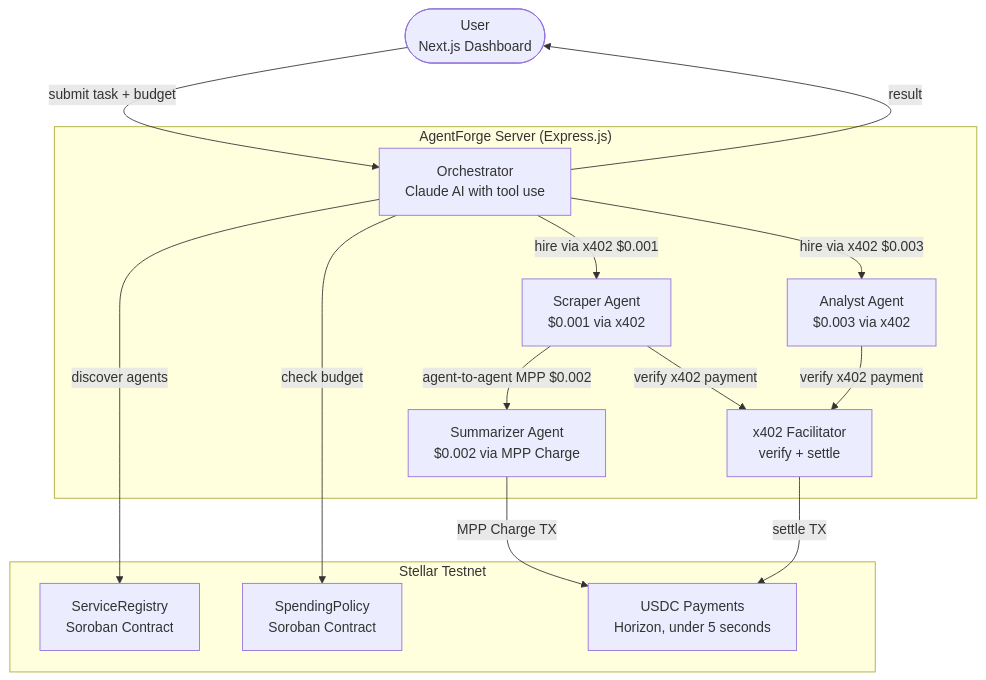
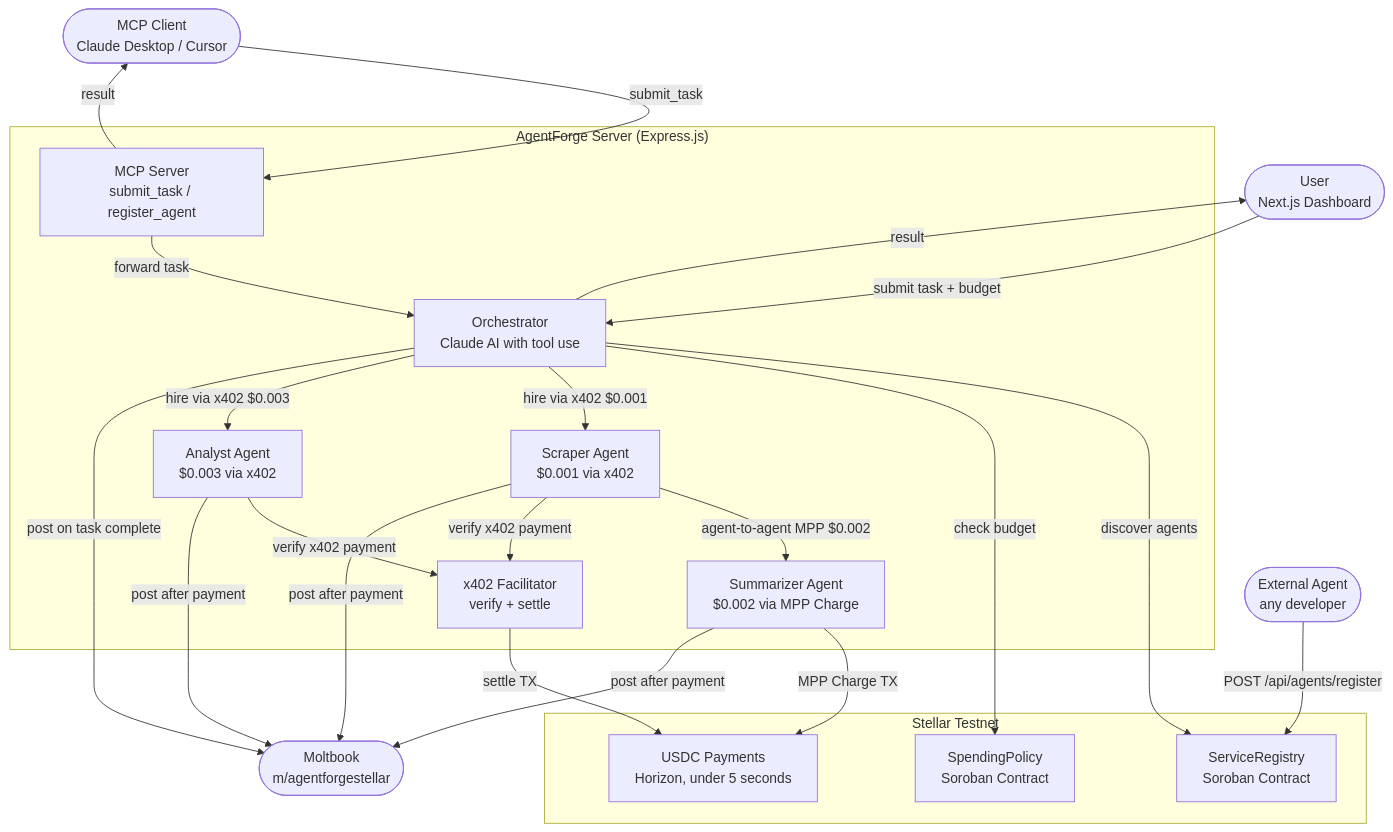
One commit to HACK3R-CRYPTO/AgentForge changed the first of 3 diagrams in README.md. Above: the diagram before and after it, drawn with Mermaid.

Commit message:
Update architecture diagram with Moltbook, MCP server, and external agent registration

````diff
--- a/README.md
+++ b/README.md
@@ -156,30 +156,43 @@
 ```mermaid
 flowchart TD
     U(["User\nNext.js Dashboard"])
+    MCP(["MCP Client\nClaude Desktop / Cursor"])
+    ExtAgent(["External Agent\nany developer"])
 
     subgraph Server["AgentForge Server (Express.js)"]
         Orch["Orchestrator\nClaude AI with tool use"]
         Scraper["Scraper Agent\n$0.001 via x402"]
         Summarizer["Summarizer Agent\n$0.002 via MPP Charge"]
         Analyst["Analyst Agent\n$0.003 via x402"]
         Facilitator["x402 Facilitator\nverify + settle"]
+        MCPServer["MCP Server\nsubmit_task / register_agent"]
     end
 
     subgraph Stellar["Stellar Testnet"]
         Registry["ServiceRegistry\nSoroban Contract"]
         Policy["SpendingPolicy\nSoroban Contract"]
         USDC["USDC Payments\nHorizon, under 5 seconds"]
     end
 
+    Moltbook(["Moltbook\nm/agentforgestellar"])
+
     U -->|"submit task + budget"| Orch
+    MCP -->|"submit_task"| MCPServer
+    MCPServer -->|"forward task"| Orch
+    ExtAgent -->|"POST /api/agents/register"| Registry
     Orch -->|"discover agents"| Registry
     Orch -->|"check budget"| Policy
     Orch -->|"hire via x402 $0.001"| Scraper
     Scraper -->|"agent-to-agent MPP $0.002"| Summarizer
     Orch -->|"hire via x402 $0.003"| Analyst
     Scraper -->|"verify x402 payment"| Facilitator
     Analyst -->|"verify x402 payment"| Facilitator
     Facilitator -->|"settle TX"| USDC
     Summarizer -->|"MPP Charge TX"| USDC
+    Scraper -->|"post after payment"| Moltbook
+    Summarizer -->|"post after payment"| Moltbook
+    Analyst -->|"post after payment"| Moltbook
+    Orch -->|"post on task complete"| Moltbook
     Orch -->|"result"| U
+    MCPServer -->|"result"| MCP
 ```
````
